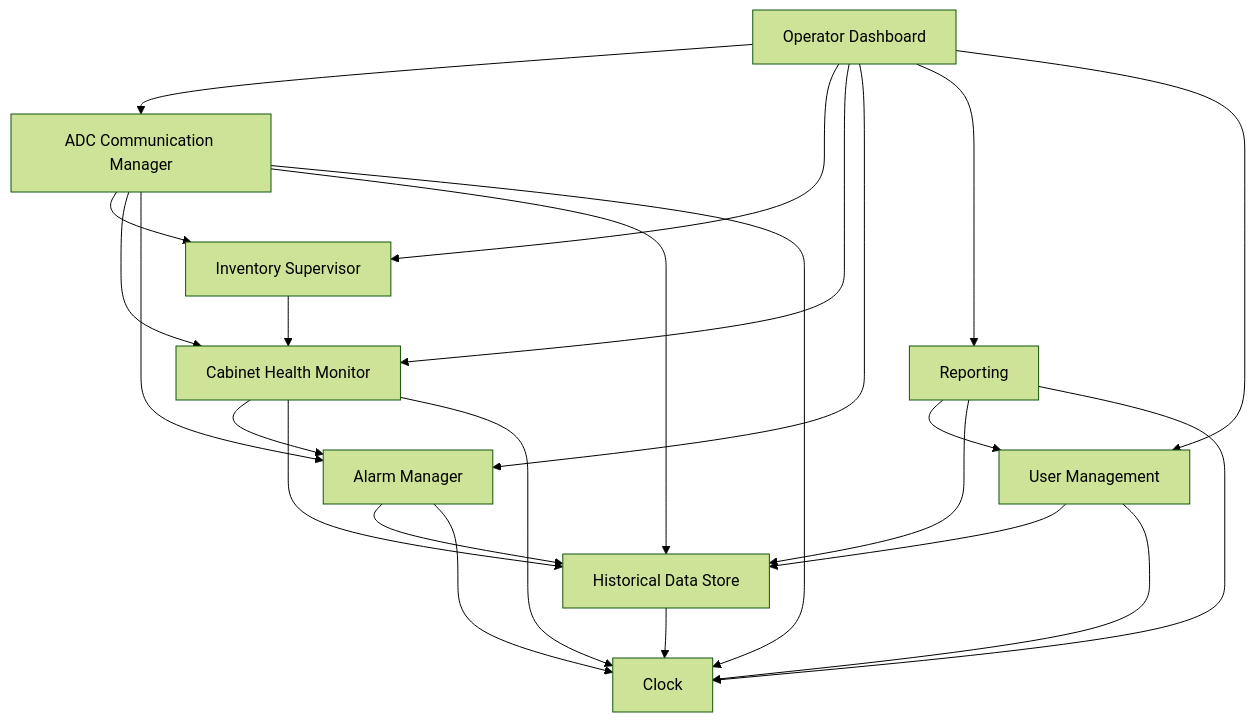
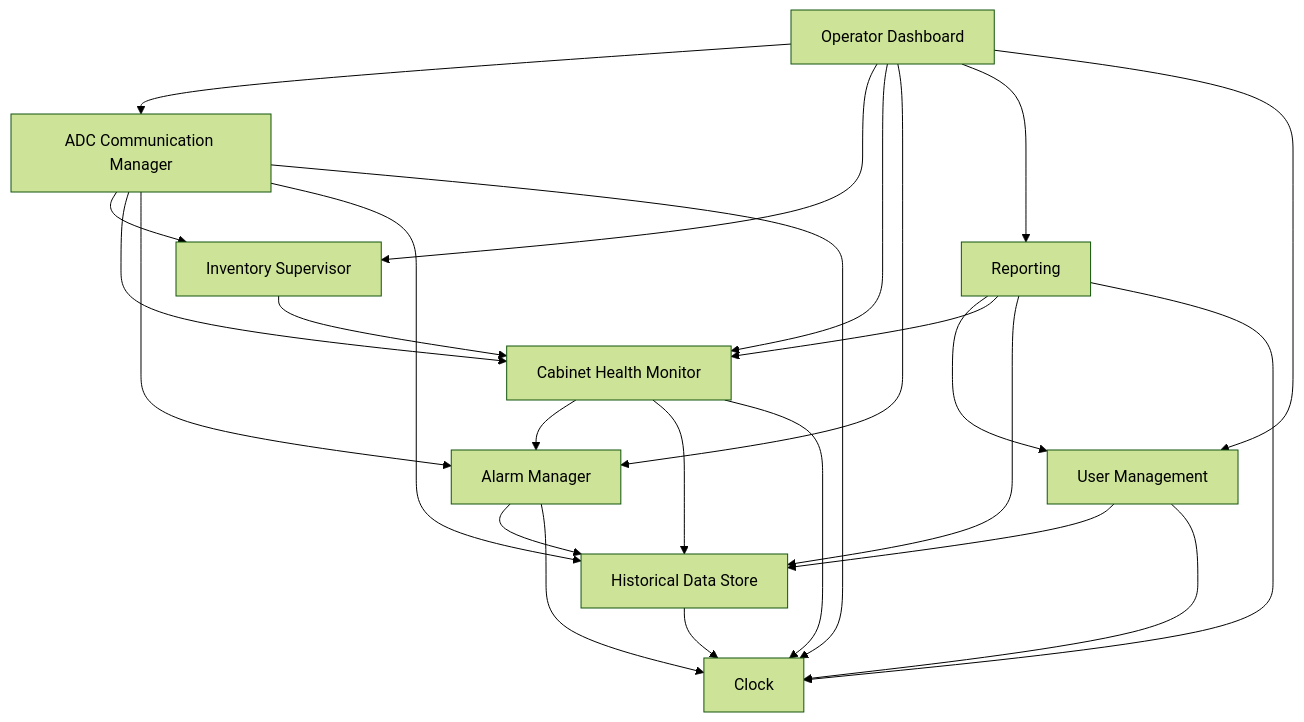
Before and after one commit to LukaMrt/3K04-project: the diagram in docs/part-b/deliverable-2/modular-decomposition.md, drawn with Mermaid (forest theme). The commit also changed other lines of this file and 9 other files, not shown here.

````diff
--- a/docs/part-b/deliverable-2/modular-decomposition.md
+++ b/docs/part-b/deliverable-2/modular-decomposition.md
@@ -65,36 +65,37 @@
 ```mermaid
 flowchart TD
   DSH["Operator Dashboard"]
   COM["ADC Communication Manager"]
   INV["Inventory Supervisor"]
   HLT["Cabinet Health Monitor"]
   RPT["Reporting"]
   ALM["Alarm Manager"]
   USR["User Management"]
   HIS["Historical Data Store"]
   CLK["Clock"]
 
   DSH --> COM
   DSH --> INV
   DSH --> HLT
   DSH --> ALM
   DSH --> RPT
   DSH --> USR
   COM --> INV
   COM --> HLT
   COM --> ALM
   COM --> HIS
   COM --> CLK
   INV --> HLT
   HLT --> ALM
   HLT --> HIS
   HLT --> CLK
   RPT --> USR
+  RPT --> HLT
   RPT --> HIS
   RPT --> CLK
   ALM --> HIS
   ALM --> CLK
   USR --> HIS
   USR --> CLK
   HIS --> CLK
 ```
````
